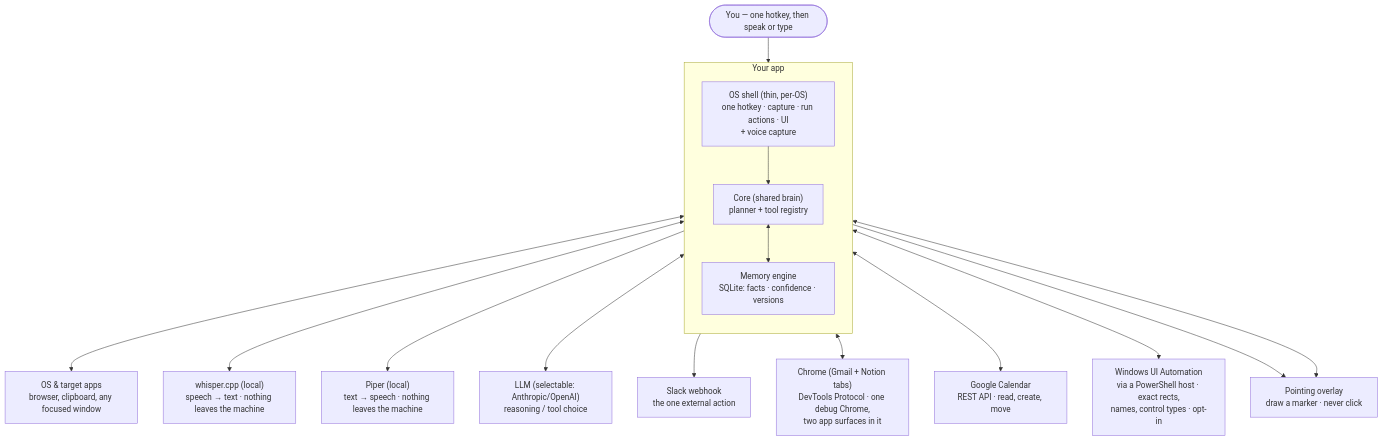
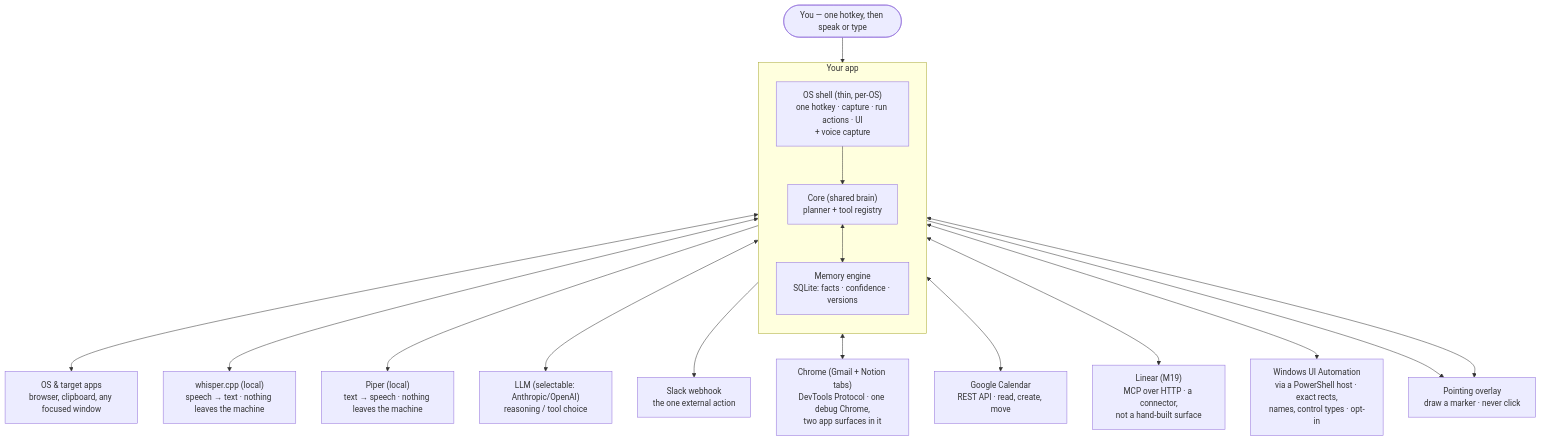
Before and after one commit to Sejall-089/voice-agent: the first of 11 diagrams in ARCHITECTURE.md, drawn with Mermaid. The commit also changed other lines of this file and 8 other files, not shown here.

````diff
--- a/ARCHITECTURE.md
+++ b/ARCHITECTURE.md
@@ -28,35 +28,37 @@
 ```mermaid
 flowchart TB
     User(["You — one hotkey, then speak or type"])
 
     subgraph App["Your app"]
         direction TB
         Shell["OS shell (thin, per-OS)<br/>one hotkey · capture · run actions · UI<br/>+ voice capture"]
         Core["Core (shared brain)<br/>planner + tool registry"]
         Memory["Memory engine<br/>SQLite: facts · confidence · versions"]
         Shell --> Core
         Core <--> Memory
     end
 
     Whisper["whisper.cpp (local)<br/>speech → text · nothing leaves the machine"]
     Piper["Piper (local)<br/>text → speech · nothing leaves the machine"]
     Chrome["Chrome (Gmail + Notion tabs)<br/>DevTools Protocol · one debug Chrome,<br/>two app surfaces in it"]
     LLM["LLM (selectable: Anthropic/OpenAI)<br/>reasoning / tool choice"]
     Slack["Slack webhook<br/>the one external action"]
     Calendar["Google Calendar<br/>REST API · read, create, move"]
+    Linear["Linear (M19)<br/>MCP over HTTP · a connector,<br/>not a hand-built surface"]
     UIA["Windows UI Automation<br/>via a PowerShell host · exact rects,<br/>names, control types · opt-in"]
     Screen["Pointing overlay<br/>draw a marker · never click"]
     OS["OS &amp; target apps<br/>browser, clipboard, any focused window"]
 
     User --> Shell
     Shell <--> OS
     Shell <--> Whisper
     Shell --> Piper
     Core <--> LLM
     Core --> Slack
     Core <--> Chrome
     Core <--> Calendar
+    Core <--> Linear
     Core <--> UIA
     Shell --> Screen
     Core <--> Screen
 ```
````
